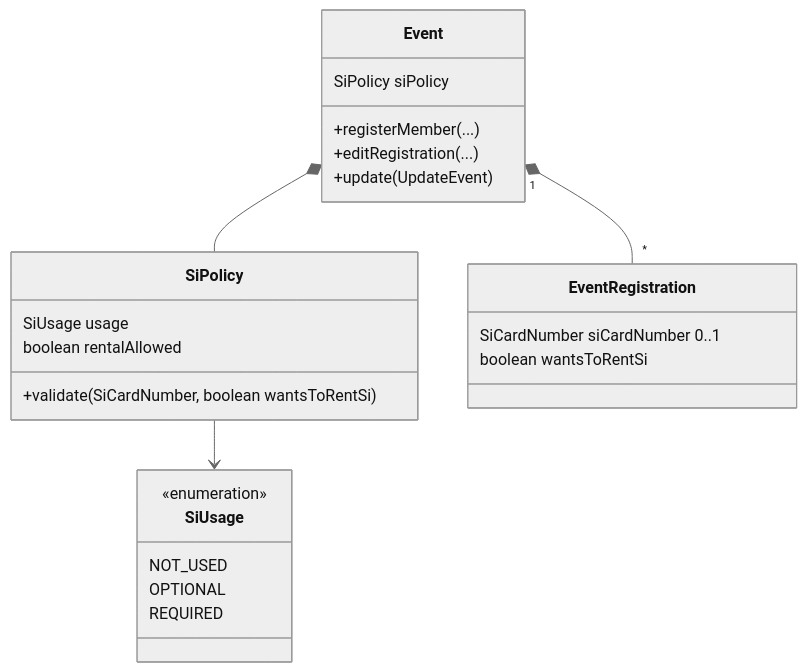
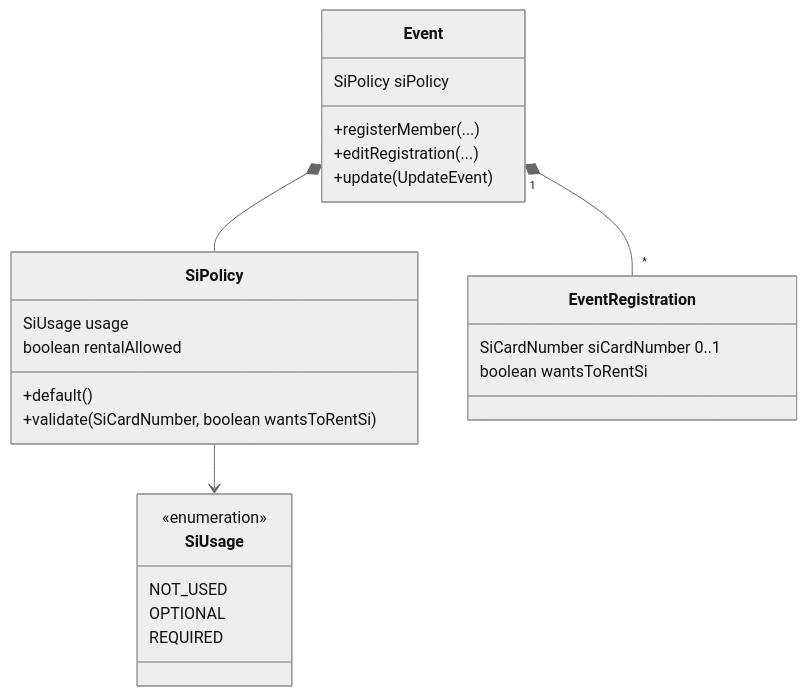
The diagram in openspec/changes/event-si-policy/design.md (zabiny/klabis), drawn with Mermaid (neutral theme) before and after one commit. The commit also changed other lines of this file and 12 other files, not shown here.

````diff
--- a/openspec/changes/event-si-policy/design.md
+++ b/openspec/changes/event-si-policy/design.md
@@ -51,27 +87,28 @@
 ```mermaid
 classDiagram
     class Event {
         SiPolicy siPolicy
         +registerMember(...)
         +editRegistration(...)
         +update(UpdateEvent)
     }
     class SiPolicy {
         SiUsage usage
         boolean rentalAllowed
+        +default()
         +validate(SiCardNumber, boolean wantsToRentSi)
     }
     class SiUsage {
         <<enumeration>>
         NOT_USED
         OPTIONAL
         REQUIRED
     }
     class EventRegistration {
         SiCardNumber siCardNumber  0..1
         boolean wantsToRentSi
     }
     Event *-- SiPolicy
     SiPolicy --> SiUsage
     Event "1" *-- "*" EventRegistration
 ```
````
